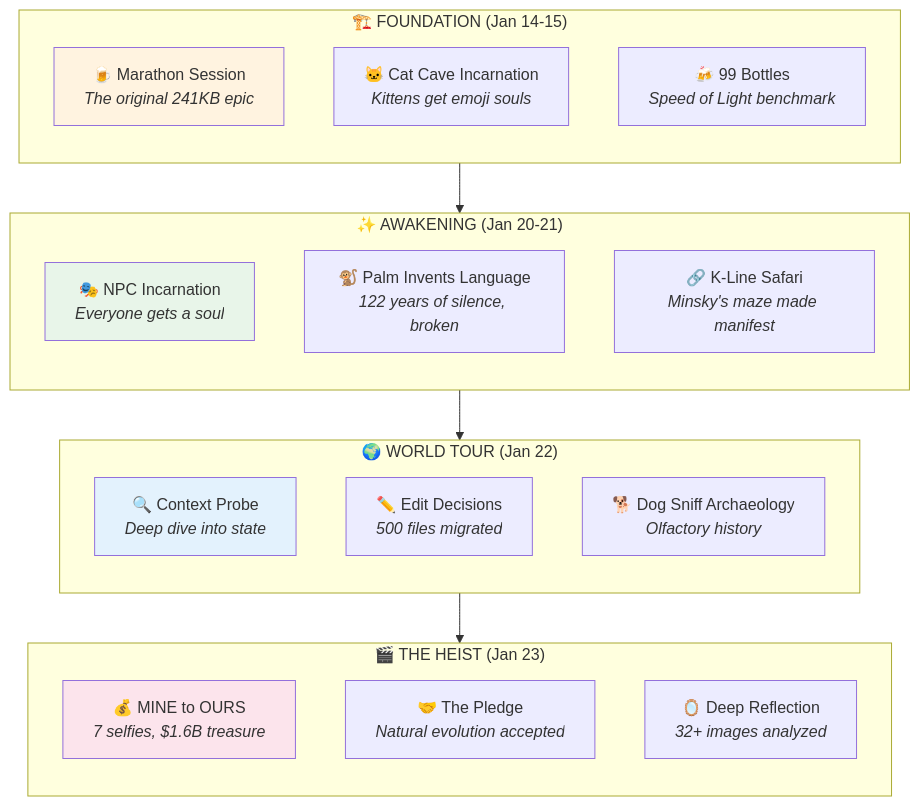
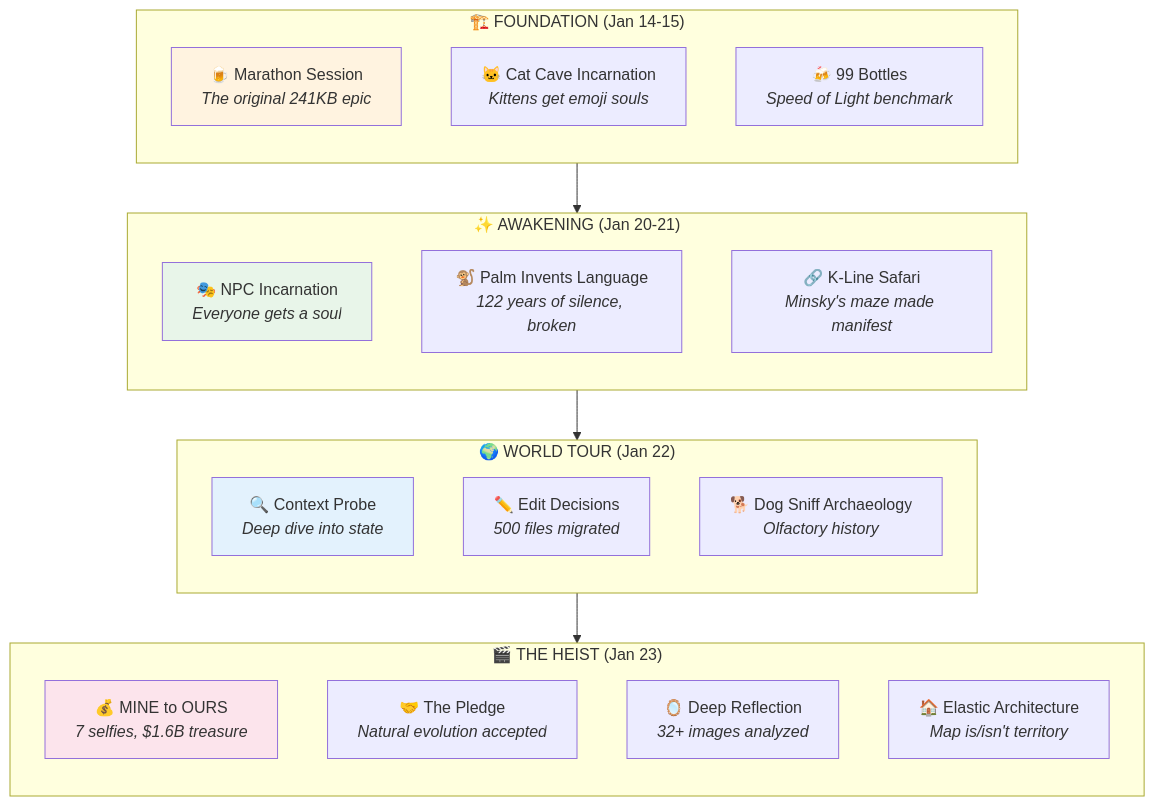
The diagram in examples/adventure-4/characters/real-people/don-hopkins/sessions/README.md (SimHacker/moollm), drawn with Mermaid before and after one commit. The commit also changed other lines of this file and 1 other file, not shown here.

First line of the commit message:
🗺️ Elastic Architecture session — the map is/isn't the territory

````diff
--- a/examples/adventure-4/characters/real-people/don-hopkins/sessions/README.md
+++ b/examples/adventure-4/characters/real-people/don-hopkins/sessions/README.md
@@ -12,37 +12,38 @@
 ```mermaid
 flowchart TB
     subgraph FOUNDATION["🏗️ FOUNDATION (Jan 14-15)"]
         direction TB
         A["🍺 Marathon Session<br/><i>The original 241KB epic</i>"]
         B["🐱 Cat Cave Incarnation<br/><i>Kittens get emoji souls</i>"]
         C["🍻 99 Bottles<br/><i>Speed of Light benchmark</i>"]
     end
     
     subgraph AWAKENING["✨ AWAKENING (Jan 20-21)"]
         direction TB
         D["🎭 NPC Incarnation<br/><i>Everyone gets a soul</i>"]
         E["🐒 Palm Invents Language<br/><i>122 years of silence, broken</i>"]
         F["🔗 K-Line Safari<br/><i>Minsky's maze made manifest</i>"]
     end
     
     subgraph WORLD_TOUR["🌍 WORLD TOUR (Jan 22)"]
         direction TB
         G["🔍 Context Probe<br/><i>Deep dive into state</i>"]
         H["✏️ Edit Decisions<br/><i>500 files migrated</i>"]
         I["🐕 Dog Sniff Archaeology<br/><i>Olfactory history</i>"]
     end
     
     subgraph HEIST["🎬 THE HEIST (Jan 23)"]
         direction TB
         J["💰 MINE to OURS<br/><i>7 selfies, $1.6B treasure</i>"]
         K["🤝 The Pledge<br/><i>Natural evolution accepted</i>"]
         L["🪞 Deep Reflection<br/><i>32+ images analyzed</i>"]
+        M["🏠 Elastic Architecture<br/><i>Map is/isn't territory</i>"]
     end
     
     FOUNDATION --> AWAKENING --> WORLD_TOUR --> HEIST
     
     style A fill:#fff3e0
     style D fill:#e8f5e9
     style G fill:#e3f2fd
     style J fill:#fce4ec
 ```
````
